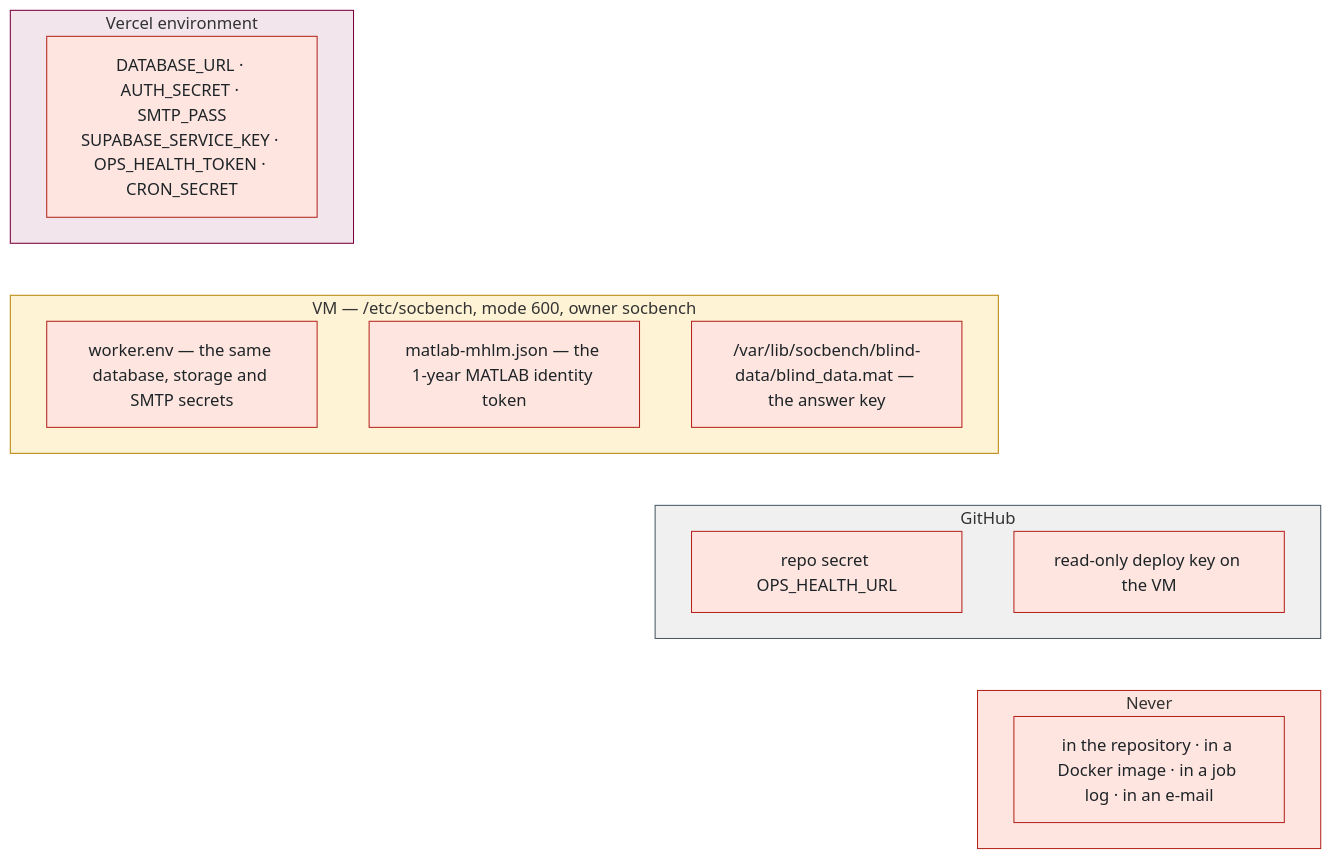
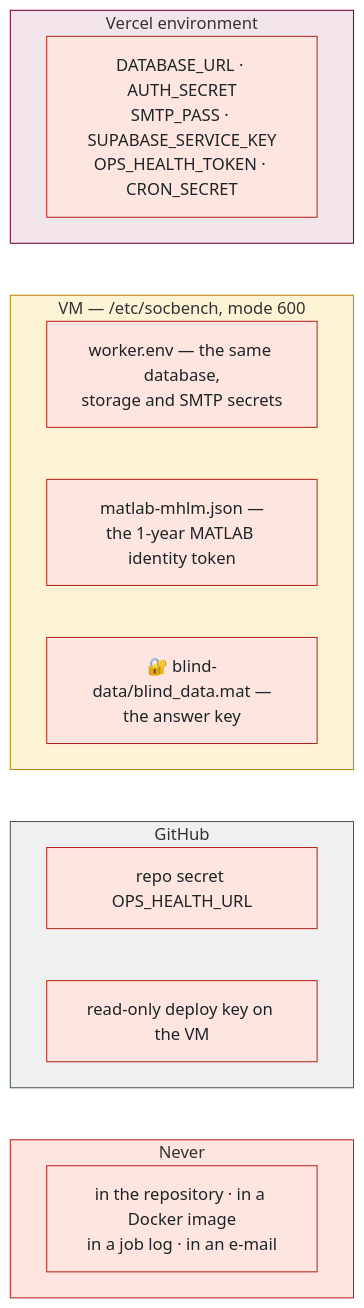
The second of 2 diagrams in docs/walkthrough/12-security-threats-and-what-stops-them.md (McMaster-Battery-Research-Group/battery-soc-benchmark), drawn with Mermaid before and after one commit. The commit also changed 10 other files, not shown here.

Commit message:
Walkthrough: every diagram now fits GitHub's content column (no scaling), larger timeline fonts, bigger logos

````diff
--- a/docs/walkthrough/12-security-threats-and-what-stops-them.md
+++ b/docs/walkthrough/12-security-threats-and-what-stops-them.md
@@ -28,27 +28,27 @@
 ```mermaid
 flowchart TB
     subgraph VER["Vercel environment"]
-        V1["DATABASE_URL · AUTH_SECRET · SMTP_PASS<br/>SUPABASE_SERVICE_KEY · OPS_HEALTH_TOKEN · CRON_SECRET"]
+        V1["DATABASE_URL · AUTH_SECRET<br/>SMTP_PASS · SUPABASE_SERVICE_KEY<br/>OPS_HEALTH_TOKEN · CRON_SECRET"]
     end
-    subgraph VMS["VM — /etc/socbench, mode 600, owner socbench"]
-        W1["worker.env — the same database, storage and SMTP secrets"]
-        W2["matlab-mhlm.json — the 1-year MATLAB identity token"]
-        W3["/var/lib/socbench/blind-data/blind_data.mat — the answer key"]
+    subgraph VMS["VM — /etc/socbench, mode 600"]
+        W1["worker.env — the same database,<br/>storage and SMTP secrets"]
+        W2["matlab-mhlm.json —<br/>the 1-year MATLAB identity token"]
+        W3["🔐 blind-data/blind_data.mat —<br/>the answer key"]
     end
     subgraph GHS["GitHub"]
         G1["repo secret OPS_HEALTH_URL"]
         G2["read-only deploy key on the VM"]
     end
     subgraph NEVER["Never"]
-        N1["in the repository · in a Docker image · in a job log · in an e-mail"]
+        N1["in the repository · in a Docker image<br/>in a job log · in an e-mail"]
     end
-    V1 ~~~ W1
-    W3 ~~~ G1
+    V1 ~~~ W1 ~~~ W2 ~~~ W3
+    W3 ~~~ G1 ~~~ G2
     G2 ~~~ N1
     style VER fill:#F2E6EC,stroke:#7A003C
     style VMS fill:#FFF3D6,stroke:#B8860B
     style GHS fill:#F0F0F0,stroke:#495965
     style NEVER fill:#FFE5DF,stroke:#B3261E
     classDef danger fill:#FFE5DF,stroke:#B3261E,color:#1d2428
     class V1,W1,W2,W3,G1,G2,N1 danger
 ```
````
